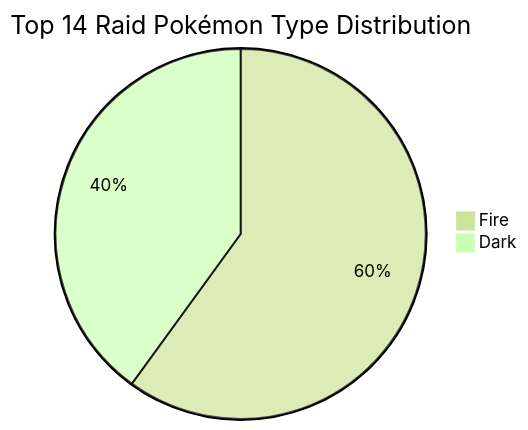
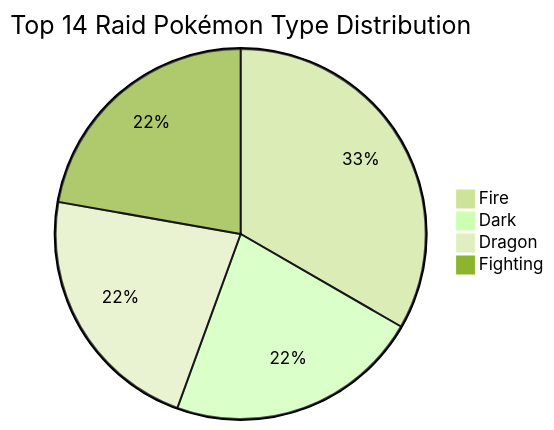
The fourth of 4 diagrams in mermaidTesting.md (austinTracy7/TestingArea), drawn with Mermaid (forest theme) before and after one commit.

````diff
--- a/mermaidTesting.md
+++ b/mermaidTesting.md
@@ -25,6 +25,8 @@
 ```mermaid
 pie
     title Top 14 Raid Pokémon Type Distribution
     "Fire": 3
-    "Dark": 2 
+    "Dark": 2
+    "Dragon": 2 
+    "Fighting": 2
 ```
````
